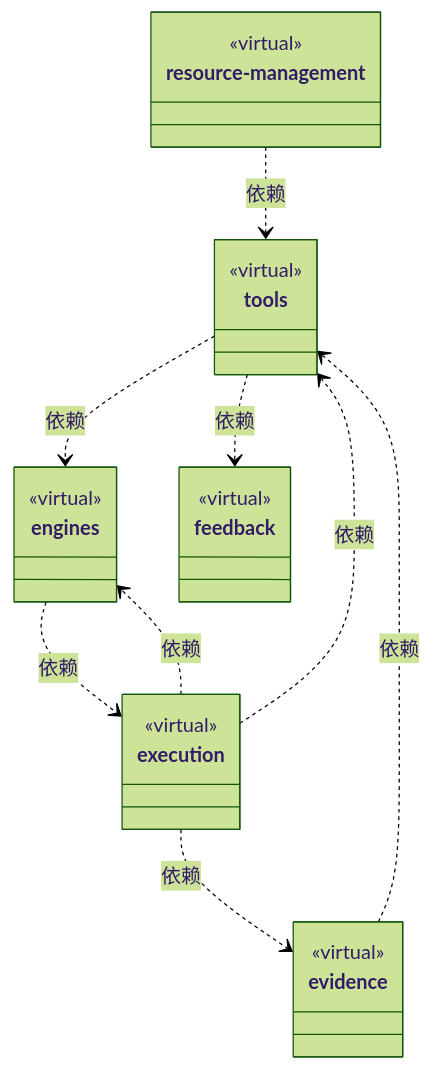
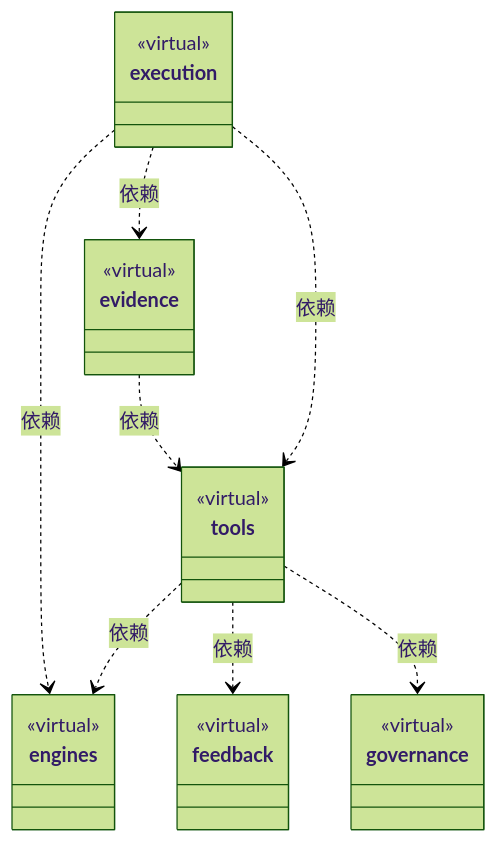
One commit to nan023062/cbim changed the first of 4 diagrams in src/logic/ARCHITECTURE.md. Above: the diagram before and after it, drawn with Mermaid (forest theme). The commit also changed other lines of this file and 113 other files, not shown here.

````diff
--- a/src/logic/ARCHITECTURE.md
+++ b/src/logic/ARCHITECTURE.md
@@ -19,35 +19,34 @@
 ```mermaid
 classDiagram
 class N_40cc50f98509["tools"] {
   <<virtual>>
 }
 click N_40cc50f98509 href "tools/ARCHITECTURE.md"
 class N_b34c155e1489["evidence"] {
   <<virtual>>
 }
 click N_b34c155e1489 href "evidence/ARCHITECTURE.md"
 class N_9bb8d52e2465["execution"] {
   <<virtual>>
 }
 click N_9bb8d52e2465 href "execution/ARCHITECTURE.md"
-class N_7792f25b3f44["resource-management"] {
-  <<virtual>>
-}
-click N_7792f25b3f44 href "resource-management/ARCHITECTURE.md"
 class N_dc98898e0b75["engines"] {
   <<virtual>>
 }
 click N_dc98898e0b75 href "engines/ARCHITECTURE.md"
 class N_f3f055d56704["feedback"] {
   <<virtual>>
 }
 click N_f3f055d56704 href "feedback/ARCHITECTURE.md"
-N_dc98898e0b75 ..> N_9bb8d52e2465 : 依赖
+class N_46ab6b5c4908["governance"] {
+  <<virtual>>
+}
+click N_46ab6b5c4908 href "governance/ARCHITECTURE.md"
 N_b34c155e1489 ..> N_40cc50f98509 : 依赖
 N_9bb8d52e2465 ..> N_dc98898e0b75 : 依赖
 N_9bb8d52e2465 ..> N_b34c155e1489 : 依赖
 N_9bb8d52e2465 ..> N_40cc50f98509 : 依赖
-N_7792f25b3f44 ..> N_40cc50f98509 : 依赖
 N_40cc50f98509 ..> N_dc98898e0b75 : 依赖
 N_40cc50f98509 ..> N_f3f055d56704 : 依赖
+N_40cc50f98509 ..> N_46ab6b5c4908 : 依赖
 ```
````
